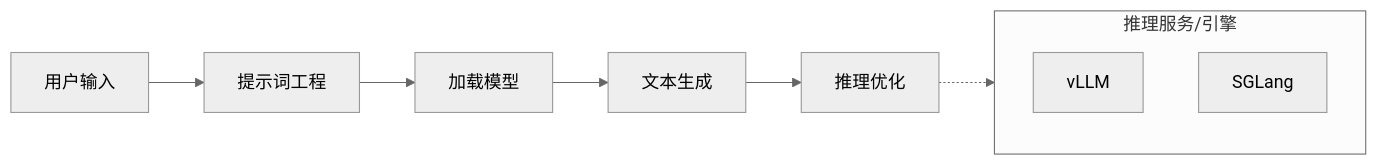
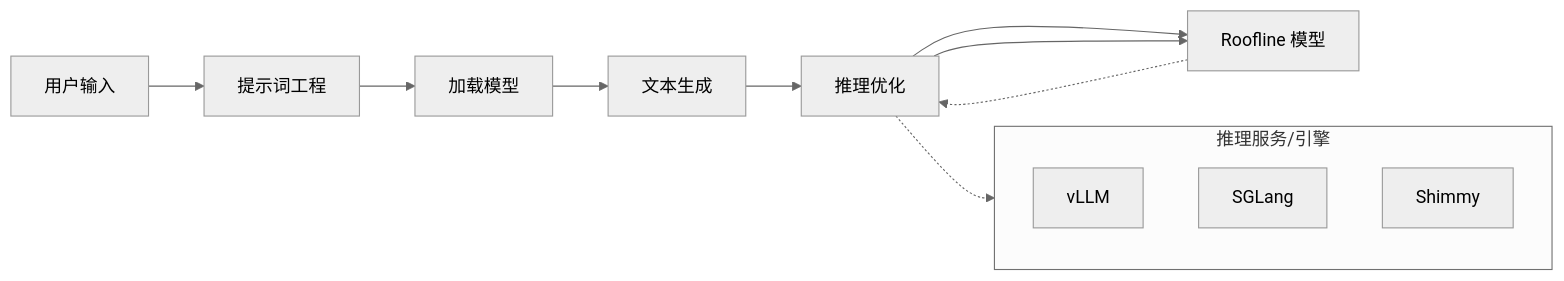
One commit to cruldra/notes3 changed the third of 6 diagrams in docs/AI/llm_graph.md. Above: the diagram before and after it, drawn with Mermaid (neutral theme). The commit also changed other lines of this file and 2 other files, not shown here.

Commit message:
✨ feat(docs): 更新AI推理系统文档
- 增加"Shimmy"和"Roofline模型"的概念说明
- 更新章节目录和应用场景描述
- 添加新的参考链接和相关信息

````diff
--- a/docs/AI/llm_graph.md
+++ b/docs/AI/llm_graph.md
@@ -107,14 +107,18 @@
 ```mermaid
 graph LR
     User[用户输入] --> PromptEng[提示词工程]
     PromptEng --> Model[加载模型]
     Model --> Generation[文本生成]
     Generation --> Optimization[推理优化]
+    Optimization --> Roofline[Roofline 模型]
     
     subgraph Serving [推理服务/引擎]
         vLLM
         SGLang
+        Shimmy
     end
     
     Optimization -.-> Serving
+    Roofline -.-> Optimization
+    Optimization --> Roofline[Roofline 模型]
 ```
````
